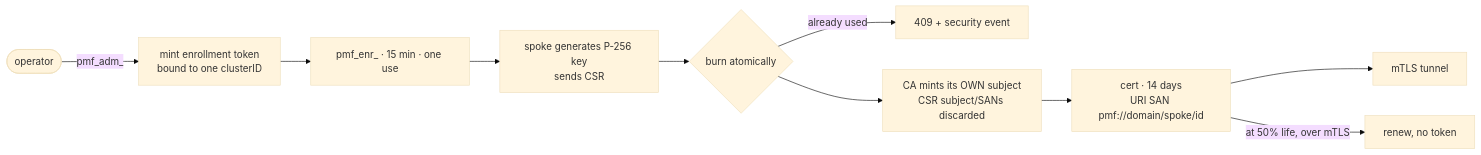
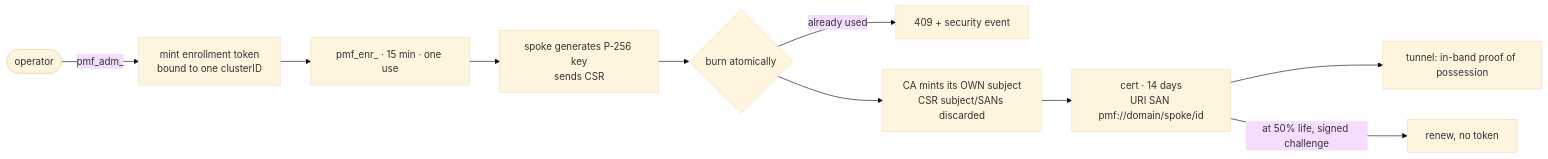
The fourth of 4 diagrams in docs/architecture.md (jacoknapp/prometheus-mcp-fleet), drawn with Mermaid (base theme) before and after one commit. The commit also changed other lines of this file and 78 other files, not shown here.

First line of the commit message:
fix!: authenticate renewal in-band, and align the charts with the WebSocket tunnel

````diff
--- a/docs/architecture.md
+++ b/docs/architecture.md
@@ -275,12 +282,12 @@
 ```mermaid
 flowchart LR
     OP(["operator"]) -->|"pmf_adm_"| MINT["mint enrollment token<br/>bound to one clusterID"]
     MINT --> TOK["pmf_enr_ · 15 min · one use"]
     TOK --> SPOKE["spoke generates P-256 key<br/>sends CSR"]
     SPOKE --> BURN{"burn atomically"}
     BURN -->|already used| SEC["409 + security event"]
     BURN --> ISSUE["CA mints its OWN subject<br/>CSR subject/SANs discarded"]
     ISSUE --> CERT["cert · 14 days<br/>URI SAN pmf://domain/spoke/id"]
-    CERT --> TUN["mTLS tunnel"]
-    CERT -->|"at 50% life, over mTLS"| RENEW["renew, no token"]
+    CERT --> TUN["tunnel: in-band proof of possession"]
+    CERT -->|"at 50% life, signed challenge"| RENEW["renew, no token"]
 ```
````
